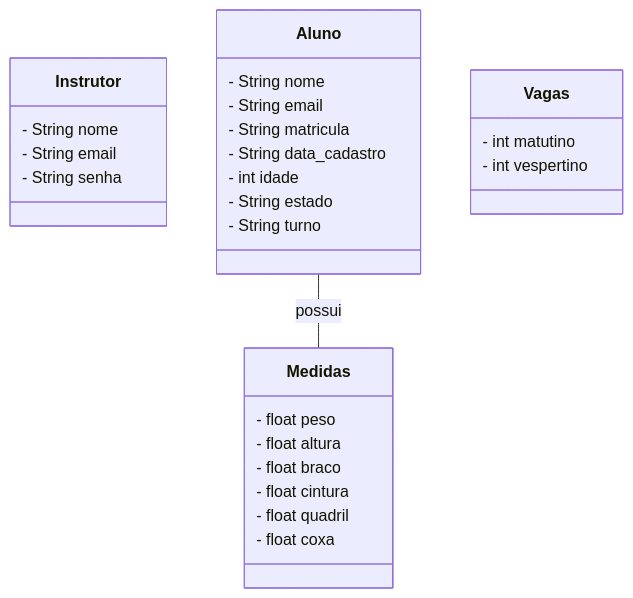
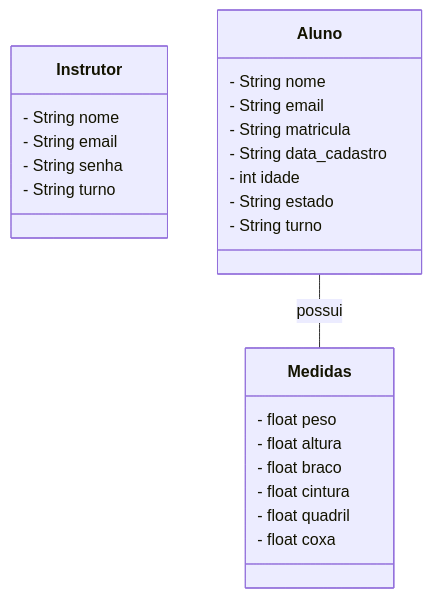
One commit to ManoelIvisson/Academia-Caju-Fitness changed the diagram in README.md. Above: the diagram before and after it, drawn with Mermaid. The commit also changed 6 other files, not shown here.

````diff
--- a/README.md
+++ b/README.md
@@ -7,31 +7,28 @@
 ```mermaid
 classDiagram
   class Instrutor {
     - String nome
     - String email
     - String senha
+    - String turno
   }
   class Aluno {
     - String nome
     - String email
     - String matricula
     - String data_cadastro
     - int idade
     - String estado
     - String turno
   }
   class Medidas {
     - float peso
     - float altura
     - float braco
     - float cintura
     - float quadril
     - float coxa
   }
-  class Vagas {
-    - int matutino
-    - int vespertino
-  }
   
   Aluno -- Medidas : possui
 ```
````
